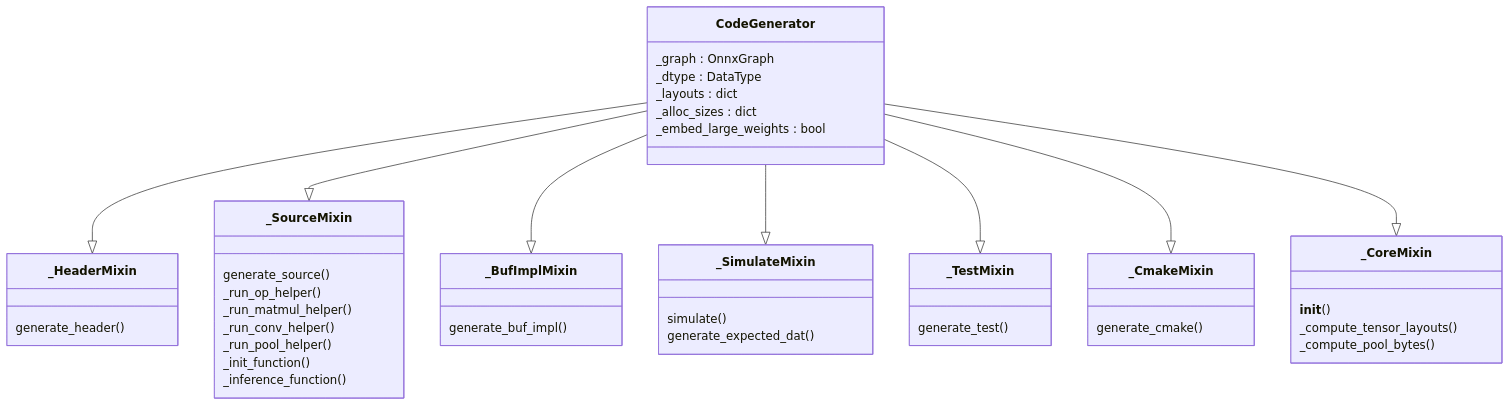
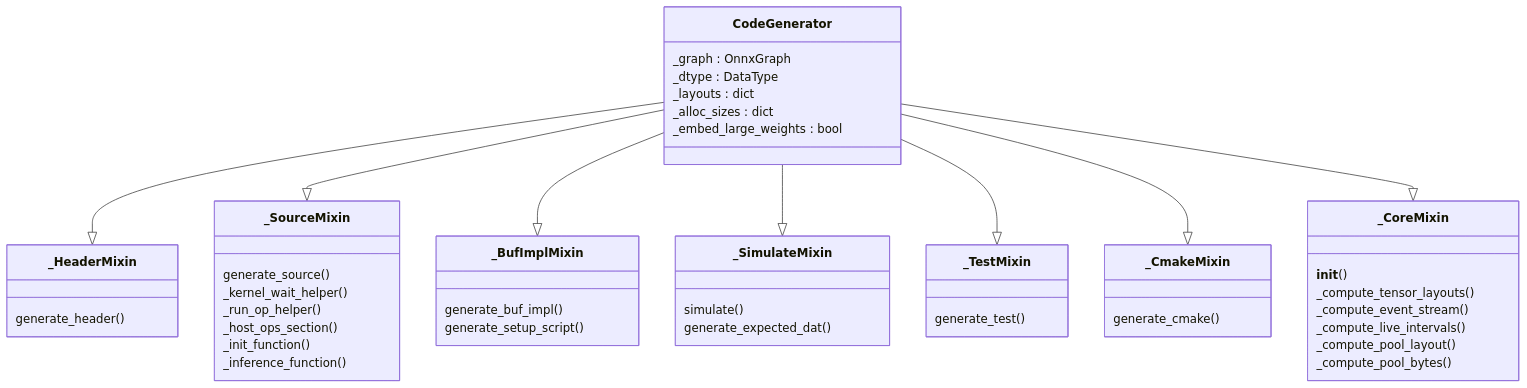
Before and after one commit to phoenix367/cormorant: the fourth of 6 diagrams in inference-scheduler/doc/ARCHITECTURE.md, drawn with Mermaid. The commit also changed other lines of this file and 34 other files, not shown here.

````diff
--- a/inference-scheduler/doc/ARCHITECTURE.md
+++ b/inference-scheduler/doc/ARCHITECTURE.md
@@ -562,48 +658,51 @@
 ```mermaid
 classDiagram
     direction TB
     class CodeGenerator {
         _graph : OnnxGraph
         _dtype : DataType
         _layouts : dict
         _alloc_sizes : dict
         _embed_large_weights : bool
     }
     class _CoreMixin {
         __init__()
         _compute_tensor_layouts()
+        _compute_event_stream()
+        _compute_live_intervals()
+        _compute_pool_layout()
         _compute_pool_bytes()
     }
     class _HeaderMixin {
         generate_header()
     }
     class _SourceMixin {
         generate_source()
+        _kernel_wait_helper()
         _run_op_helper()
-        _run_matmul_helper()
-        _run_conv_helper()
-        _run_pool_helper()
+        _host_ops_section()
         _init_function()
         _inference_function()
     }
     class _BufImplMixin {
         generate_buf_impl()
+        generate_setup_script()
     }
     class _SimulateMixin {
         simulate()
         generate_expected_dat()
     }
     class _TestMixin {
         generate_test()
     }
     class _CmakeMixin {
         generate_cmake()
     }
     CodeGenerator --|> _HeaderMixin
     CodeGenerator --|> _SourceMixin
     CodeGenerator --|> _BufImplMixin
     CodeGenerator --|> _SimulateMixin
     CodeGenerator --|> _TestMixin
     CodeGenerator --|> _CmakeMixin
     CodeGenerator --|> _CoreMixin
 ```
````
